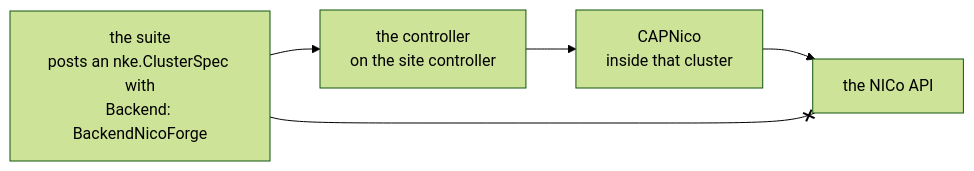
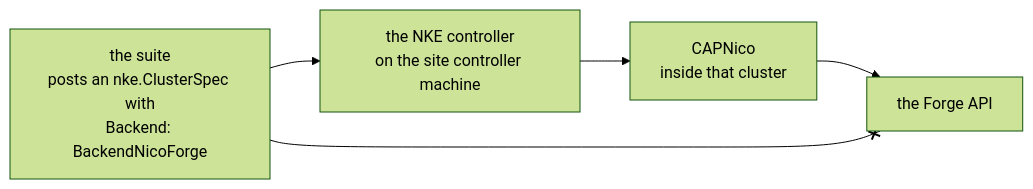
Before and after one commit to dsx-ai-factory/nvke: the fourth of 5 diagrams in docs/qualification/hardware-lane.md, drawn with Mermaid (forest theme). The commit also changed other lines of this file and 3 other files, not shown here.

Commit message:
docs: keep Forge naming and call the hardware lane's site the site controller machine

````diff
--- a/docs/qualification/hardware-lane.md
+++ b/docs/qualification/hardware-lane.md
@@ -227,7 +227,7 @@
 ```mermaid
 flowchart LR
-    SUITE["the suite<br/>posts an nke.ClusterSpec with<br/>Backend: BackendNicoForge"] --> CTRL["the controller<br/>on the site controller"]
+    SUITE["the suite<br/>posts an nke.ClusterSpec with<br/>Backend: BackendNicoForge"] --> CTRL["the NKE controller<br/>on the site controller machine"]
     CTRL --> CAPN["CAPNico<br/>inside that cluster"]
-    CAPN --> NICO["the NICo API"]
-    SUITE --x NICO
+    CAPN --> FORGE["the Forge API"]
+    SUITE --x FORGE
 ```
````
